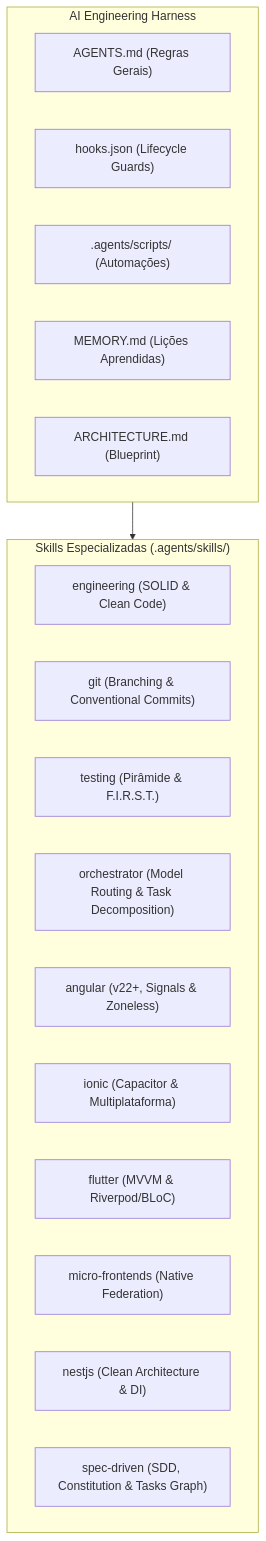
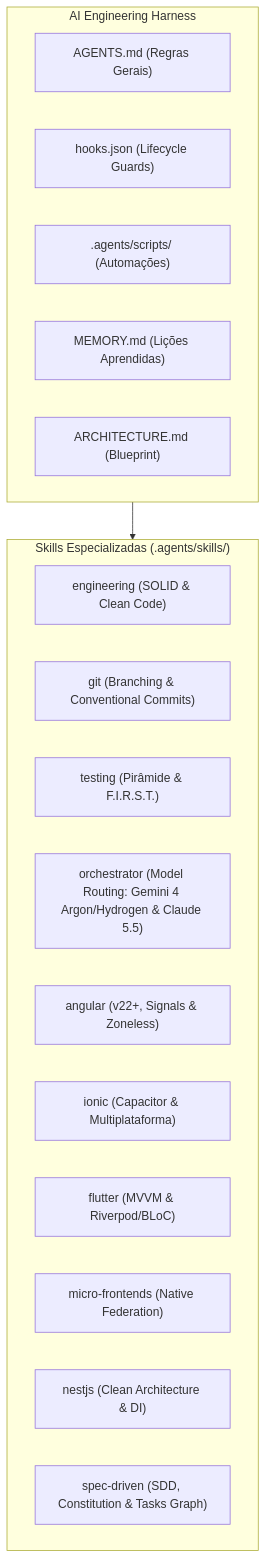
One commit to andershow09/AI-Engineering changed the diagram in ARCHITECTURE.md. Above: the diagram before and after it, drawn with Mermaid. The commit also changed 12 other files, not shown here.

Commit message:
feat(orchestrator): atualiza catalogo de modelos Antigravity (Gemini 4 Argon/Hydrogen e Claude 5.5)

````diff
--- a/ARCHITECTURE.md
+++ b/ARCHITECTURE.md
@@ -11,25 +11,25 @@
 ```mermaid
 flowchart TD
     subgraph Harness ["AI Engineering Harness"]
         AG["AGENTS.md (Regras Gerais)"]
         HK["hooks.json (Lifecycle Guards)"]
         SC[".agents/scripts/ (Automações)"]
         MEM["MEMORY.md (Lições Aprendidas)"]
         ARCH["ARCHITECTURE.md (Blueprint)"]
     end
 
     subgraph Skills ["Skills Especializadas (.agents/skills/)"]
         ENG["engineering (SOLID & Clean Code)"]
         GIT["git (Branching & Conventional Commits)"]
         TST["testing (Pirâmide & F.I.R.S.T.)"]
-        ORC["orchestrator (Model Routing & Task Decomposition)"]
+        ORC["orchestrator (Model Routing: Gemini 4 Argon/Hydrogen & Claude 5.5)"]
         ANG["angular (v22+, Signals & Zoneless)"]
         ION["ionic (Capacitor & Multiplataforma)"]
         FLU["flutter (MVVM & Riverpod/BLoC)"]
         MFE["micro-frontends (Native Federation)"]
         NEST["nestjs (Clean Architecture & DI)"]
         SPEC["spec-driven (SDD, Constitution & Tasks Graph)"]
     end
 
     Harness --> Skills
 ```
````
